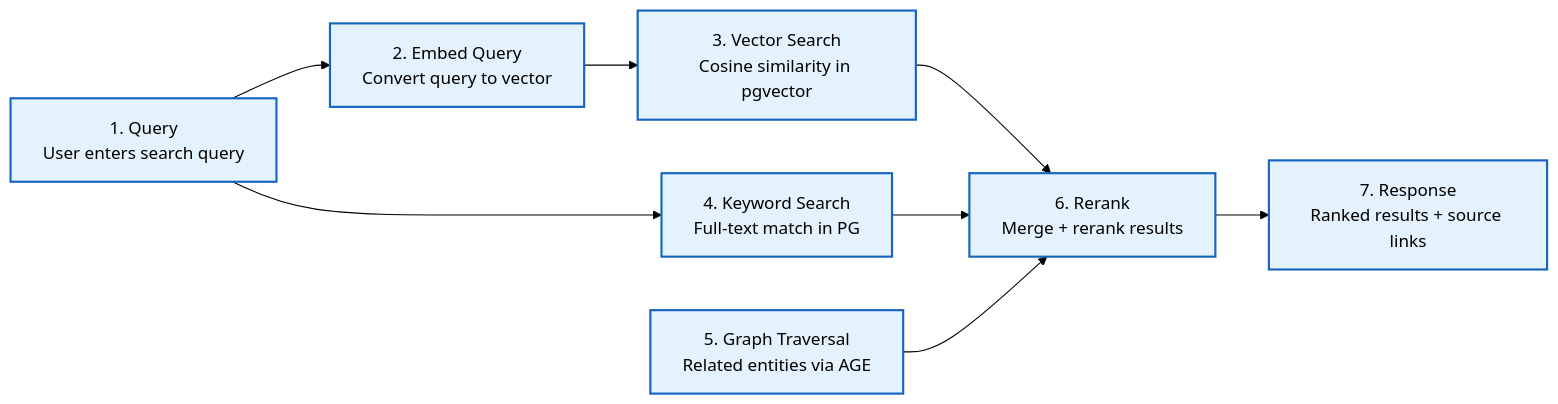
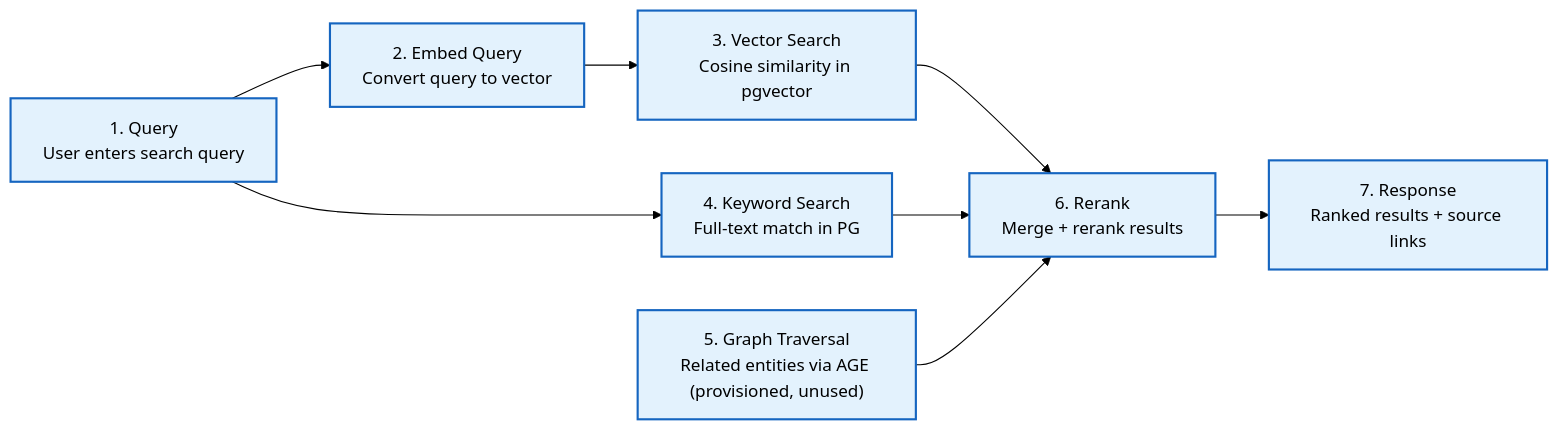
Before and after one commit to Driftloom/Vaeloom: the fourth of 5 diagrams in docs/architecture/Data-Flow.md, drawn with Mermaid (forest theme). The commit also changed other lines of this file and 159 other files, not shown here.

````diff
--- a/docs/architecture/Data-Flow.md
+++ b/docs/architecture/Data-Flow.md
@@ -152,16 +170,16 @@
 ```mermaid
 graph LR
     classDef stage fill:#e3f2fd,stroke:#1565c0,color:#000,stroke-width:2px
 
     Q["1. Query<br/>User enters search query"]:::stage
     EMBED_Q["2. Embed Query<br/>Convert query to vector"]:::stage
     VEC["3. Vector Search<br/>Cosine similarity in pgvector"]:::stage
     KW["4. Keyword Search<br/>Full-text match in PG"]:::stage
-    GRAPH["5. Graph Traversal<br/>Related entities via AGE"]:::stage
+    GRAPH["5. Graph Traversal<br/>Related entities via AGE (provisioned, unused)"]:::stage
     RERANK["6. Rerank<br/>Merge + rerank results"]:::stage
     RESP["7. Response<br/>Ranked results + source links"]:::stage
 
     Q --> EMBED_Q --> VEC
     Q --> KW
     VEC & KW & GRAPH --> RERANK --> RESP
 ```
````
